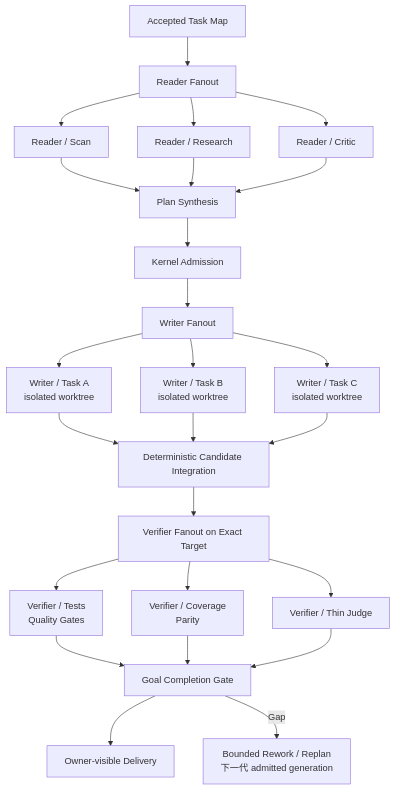
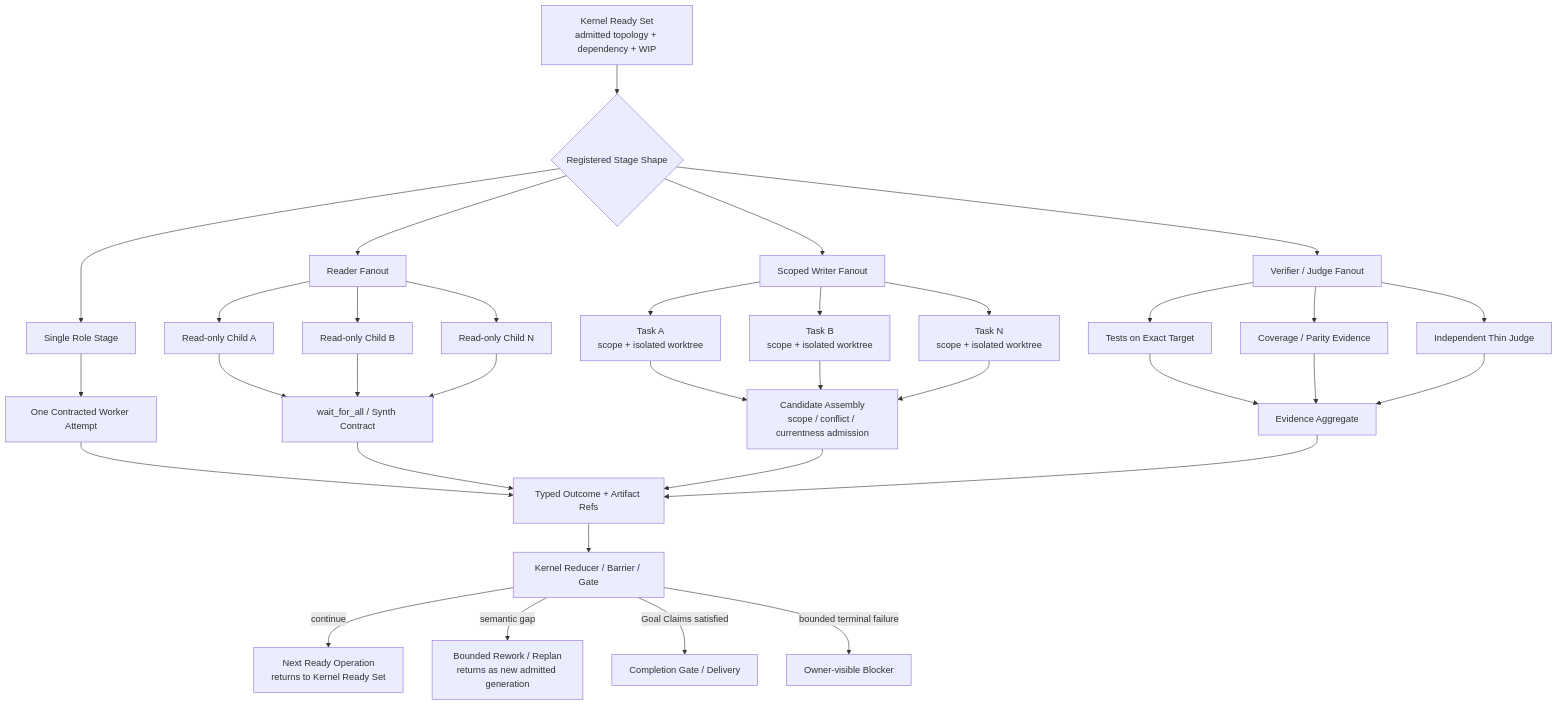
The second of 2 diagrams in docs/manual/architecture.md (rzwu-uisee/zaofu-self-issue), drawn with Mermaid before and after one commit. The commit also changed other lines of this file and 3 other files, not shown here.

Commit message:
fix: preserve semantic rework recovery actions

````diff
--- a/docs/manual/architecture.md
+++ b/docs/manual/architecture.md
@@ -205,38 +214,41 @@
 ```mermaid
 flowchart TB
-  TASKMAP["Accepted Task Map"] --> RF["Reader Fanout"]
-  RF --> R1
-  RF --> R2
-  RF --> R3
-  R1["Reader / Scan"]
-  R2["Reader / Research"]
-  R3["Reader / Critic"]
-  R1 --> SYNTH["Plan Synthesis"]
-  R2 --> SYNTH
-  R3 --> SYNTH
-  SYNTH --> ADMISSION["Kernel Admission"]
+  READY["Kernel Ready Set<br/>admitted topology + dependency + WIP"] --> SHAPE{"Registered Stage Shape"}
 
-  ADMISSION --> WF["Writer Fanout"]
-  WF --> W1
-  WF --> W2
-  WF --> W3
-  W1["Writer / Task A<br/>isolated worktree"]
-  W2["Writer / Task B<br/>isolated worktree"]
-  W3["Writer / Task C<br/>isolated worktree"]
-  W1 --> INTEGRATE["Deterministic Candidate Integration"]
-  W2 --> INTEGRATE
-  W3 --> INTEGRATE
+  SHAPE --> SINGLE["Single Role Stage"]
+  SINGLE --> ONE["One Contracted Worker Attempt"]
 
-  INTEGRATE --> VF["Verifier Fanout on Exact Target"]
-  VF --> V1
-  VF --> V2
-  VF --> V3
-  V1["Verifier / Tests<br/>Quality Gates"]
-  V2["Verifier / Coverage<br/>Parity"]
-  V3["Verifier / Thin Judge"]
-  V1 --> COMPLETE["Goal Completion Gate"]
-  V2 --> COMPLETE
-  V3 --> COMPLETE
-  COMPLETE --> DELIVER["Owner-visible Delivery"]
-  COMPLETE -- "Gap" --> REPLAN["Bounded Rework / Replan<br/>下一代 admitted generation"]
+  SHAPE --> RF["Reader Fanout"]
+  RF --> R1["Read-only Child A"]
+  RF --> R2["Read-only Child B"]
+  RF --> RN["Read-only Child N"]
+  R1 --> RS["wait_for_all / Synth Contract"]
+  R2 --> RS
+  RN --> RS
+
+  SHAPE --> WF["Scoped Writer Fanout"]
+  WF --> W1["Task A<br/>scope + isolated worktree"]
+  WF --> W2["Task B<br/>scope + isolated worktree"]
+  WF --> WN["Task N<br/>scope + isolated worktree"]
+  W1 --> CANDIDATE["Candidate Assembly<br/>scope / conflict / currentness admission"]
+  W2 --> CANDIDATE
+  WN --> CANDIDATE
+
+  SHAPE --> VF["Verifier / Judge Fanout"]
+  VF --> V1["Tests on Exact Target"]
+  VF --> V2["Coverage / Parity Evidence"]
+  VF --> VN["Independent Thin Judge"]
+  V1 --> VA["Evidence Aggregate"]
+  V2 --> VA
+  VN --> VA
+
+  ONE --> OUTCOME["Typed Outcome + Artifact Refs"]
+  RS --> OUTCOME
+  CANDIDATE --> OUTCOME
+  VA --> OUTCOME
+  OUTCOME --> REDUCER["Kernel Reducer / Barrier / Gate"]
+  REDUCER -- "continue" --> NEXT["Next Ready Operation<br/>returns to Kernel Ready Set"]
+  REDUCER -- "semantic gap" --> REPLAN["Bounded Rework / Replan<br/>returns as new admitted generation"]
+  REDUCER -- "Goal Claims satisfied" --> COMPLETE["Completion Gate / Delivery"]
+  REDUCER -- "bounded terminal failure" --> BLOCKED["Owner-visible Blocker"]
 ```
````
